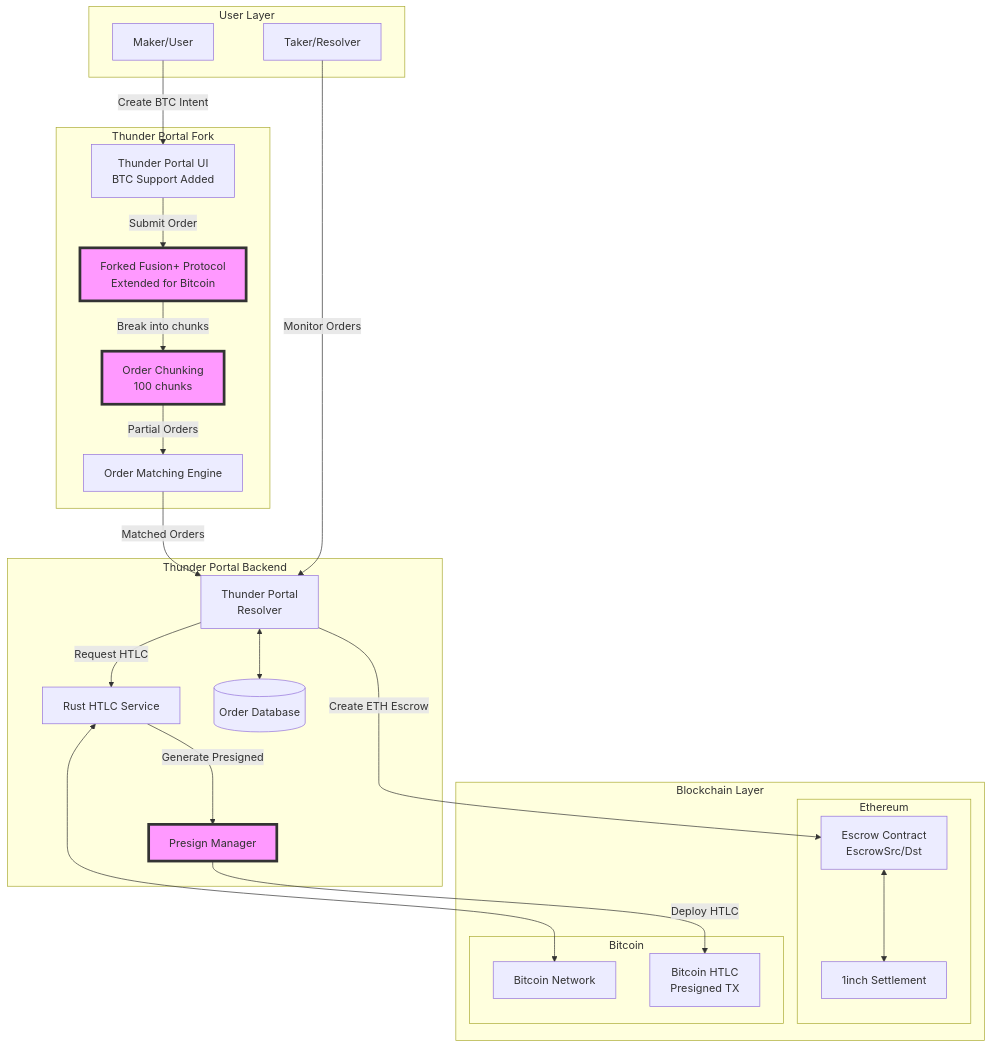
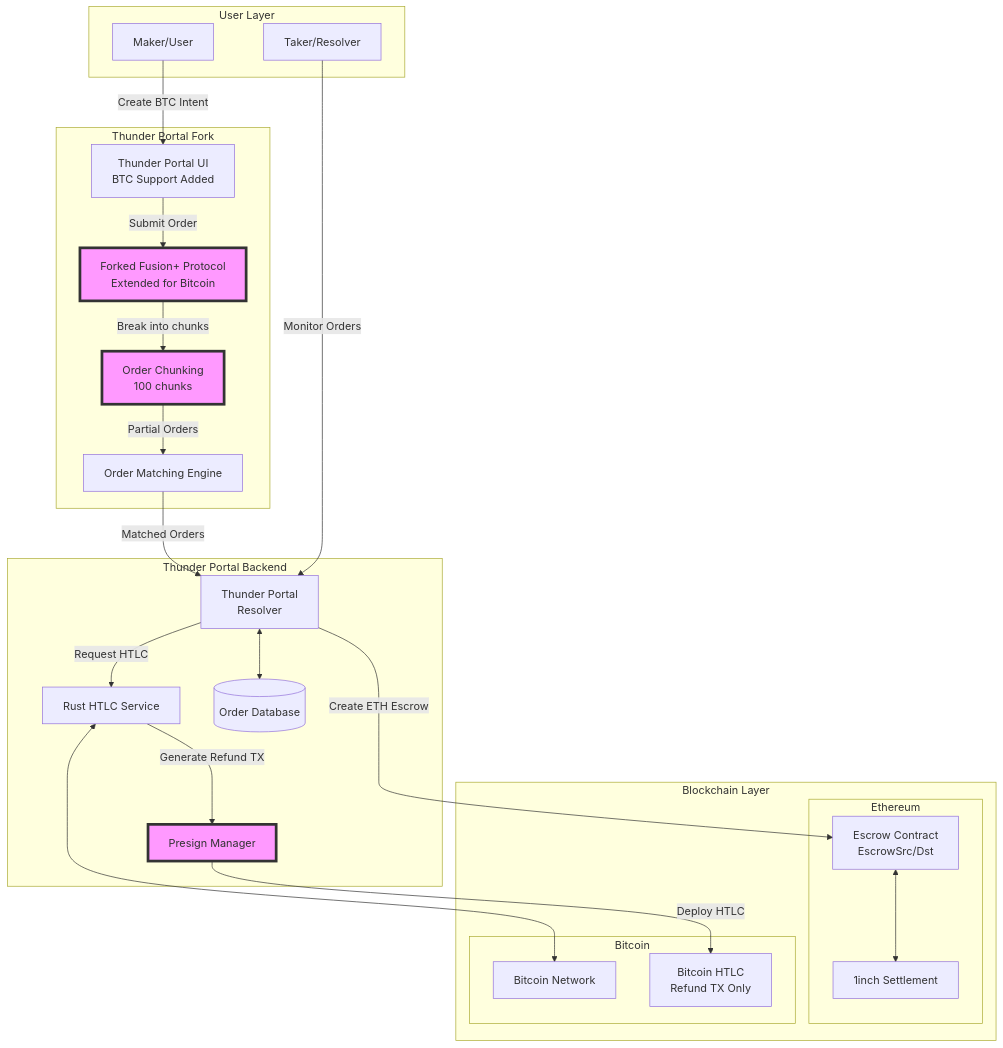
Before and after one commit to NuttakitDW/thunder-portal: the first of 7 diagrams in README.md, drawn with Mermaid. The commit also changed other lines of this file and 9 other files, not shown here.

````diff
--- a/README.md
+++ b/README.md
@@ -20,52 +20,52 @@
 ```mermaid
 graph TB
     subgraph "User Layer"
         Maker[Maker/User]
         Taker[Taker/Resolver]
     end
     
     subgraph "Thunder Portal Fork"
         TUI[Thunder Portal UI<br/>BTC Support Added]
         TFP[Forked Fusion+ Protocol<br/>Extended for Bitcoin]
         OC[Order Chunking<br/>100 chunks]
         OM[Order Matching Engine]
     end
     
     subgraph "Thunder Portal Backend"
         TPR[Thunder Portal<br/>Resolver]
         HTLC[Rust HTLC Service]
         PM[Presign Manager]
         DB[(Order Database)]
     end
     
     subgraph "Blockchain Layer"
         subgraph "Ethereum"
             ESC[Escrow Contract<br/>EscrowSrc/Dst]
             SC[1inch Settlement]
         end
         subgraph "Bitcoin"
             BTC[Bitcoin Network]
-            BHTLC[Bitcoin HTLC<br/>Presigned TX]
+            BHTLC[Bitcoin HTLC<br/>Refund TX Only]
         end
     end
     
     Maker -->|Create BTC Intent| TUI
     TUI -->|Submit Order| TFP
     TFP -->|Break into chunks| OC
     OC -->|Partial Orders| OM
     OM -->|Matched Orders| TPR
     
     TPR -->|Create ETH Escrow| ESC
     TPR -->|Request HTLC| HTLC
-    HTLC -->|Generate Presigned| PM
+    HTLC -->|Generate Refund TX| PM
     PM -->|Deploy HTLC| BHTLC
     
     Taker -->|Monitor Orders| TPR
     TPR <--> DB
     ESC <--> SC
     HTLC <--> BTC
     
     style TFP fill:#f9f,stroke:#333,stroke-width:4px
     style OC fill:#f9f,stroke:#333,stroke-width:4px
     style PM fill:#f9f,stroke:#333,stroke-width:4px
 ```
````
